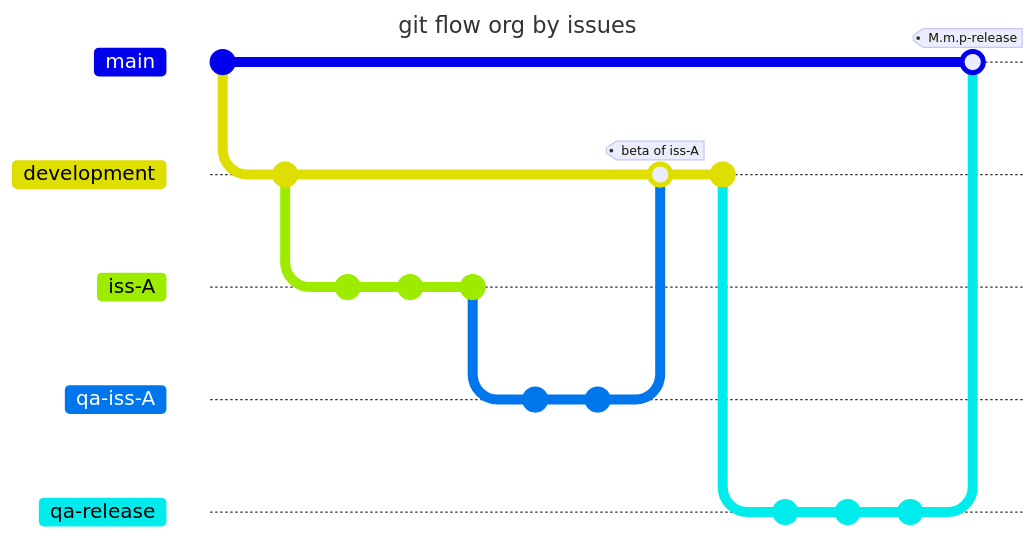
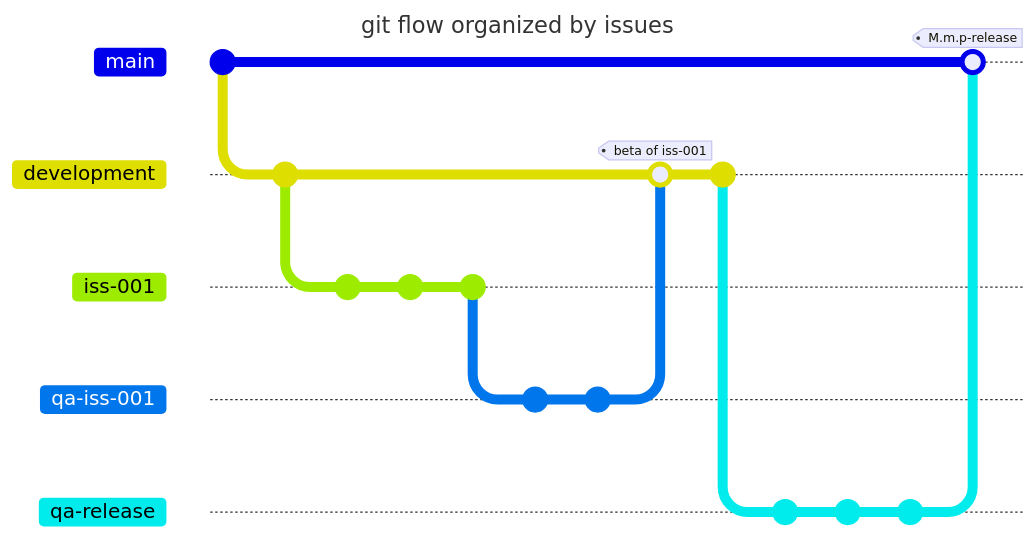
The first of 2 diagrams in doc_src/SDEVEN.40_BRAN.md (petre-renware/sdeven), drawn with Mermaid before and after one commit. The commit also changed other lines of this file and 1 other file, not shown here. Commit ids are hidden.

````diff
--- a/doc_src/SDEVEN.40_BRAN.md
+++ b/doc_src/SDEVEN.40_BRAN.md
@@ -84,25 +87,29 @@
 ``` mermaid
 ---
-title: git flow org by issues
+title: git flow organized by issues
 ---
 gitGraph
     commit id: "init repo"
     branch "development"
     commit id: "start of iss A"
-    branch "iss-A"
+
+    branch "iss-001"
     commit
     commit
     commit id: "alpha rdy to test"
-    branch "qa-iss-A"
+
+    branch "qa-iss-001"
     commit id: "test of iss A"
     commit id: "beta PASSED"
+
     checkout "development"
-    merge "qa-iss-A" tag: "beta of iss-A"
+    merge "qa-iss-001" tag: "beta of iss-001"
     commit id: "prep for release"
+
     branch "qa-release"
     commit id: "documentation Ok"
     commit id: "deployment kit OK"
     commit id: "release PASSED"
     checkout "main"
     merge "qa-release" tag: "M.m.p-release"
 ```
````
